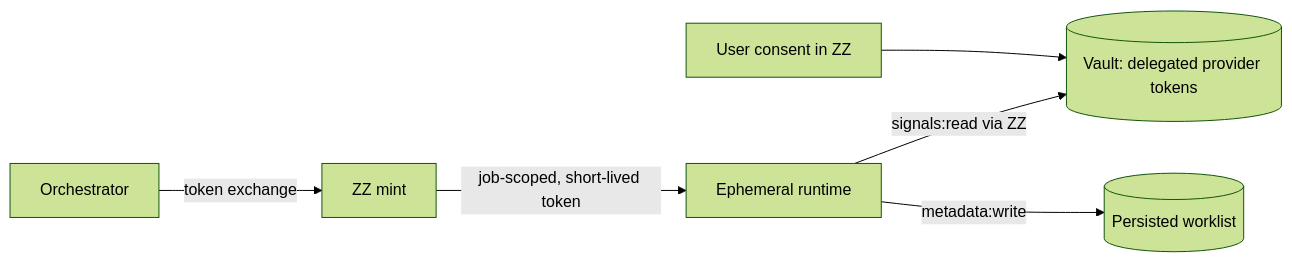
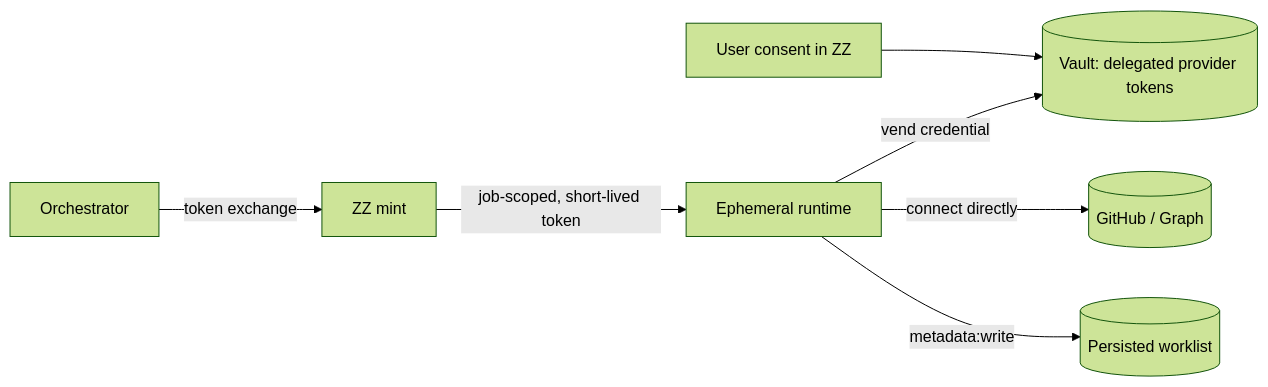
One commit to jackfrancis/zumble-zay changed the third of 3 diagrams in docs/ARCHITECTURE.md. Above: the diagram before and after it, drawn with Mermaid (forest theme). The commit also changed other lines of this file and 23 other files, not shown here.

````diff
--- a/docs/ARCHITECTURE.md
+++ b/docs/ARCHITECTURE.md
@@ -77,8 +77,9 @@
 ```mermaid
 flowchart LR
   U[User consent in ZZ] --> V[(Vault: delegated provider tokens)]
   O[Orchestrator] -->|token exchange| M[ZZ mint]
   M -->|job-scoped, short-lived token| R[Ephemeral runtime]
-  R -->|signals:read via ZZ| V
+  R -->|vend credential| V
+  R -->|connect directly| GH[(GitHub / Graph)]
   R -->|metadata:write| S[(Persisted worklist)]
 ```
````
